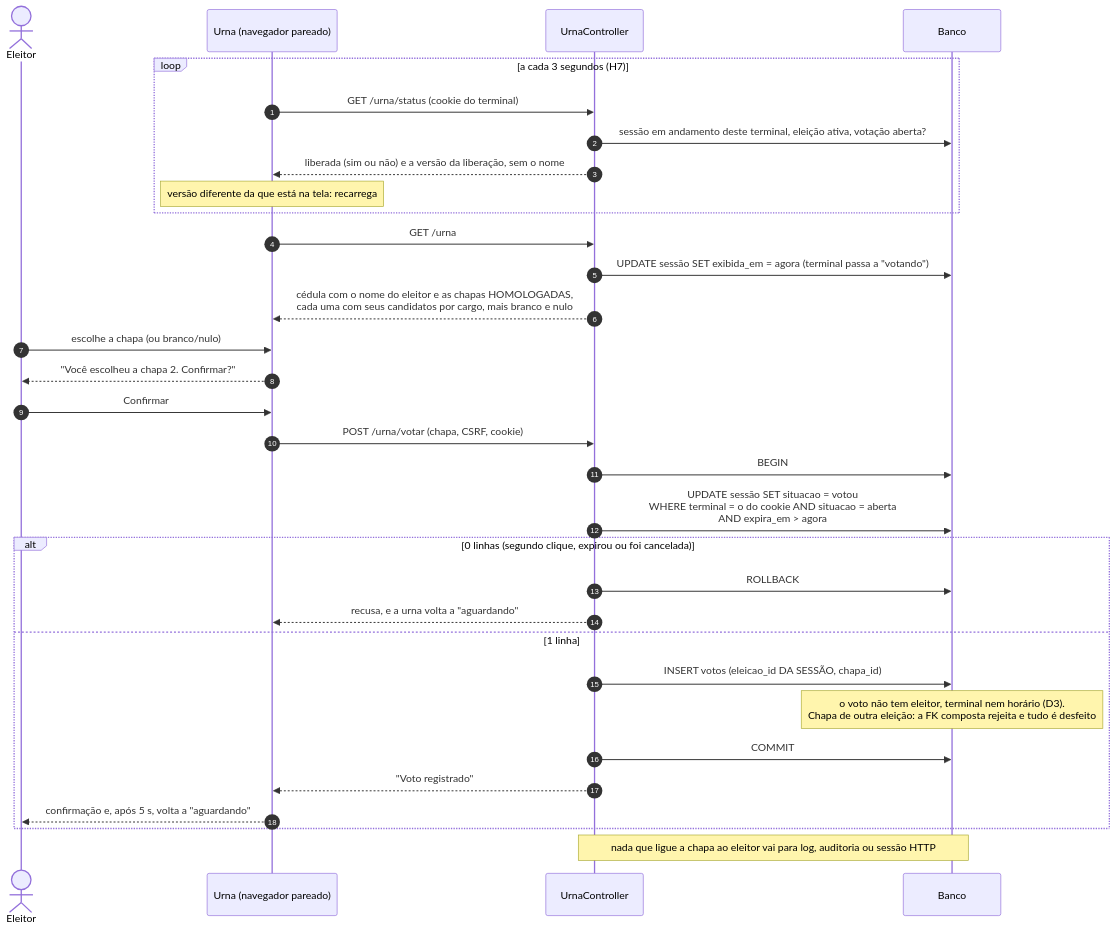
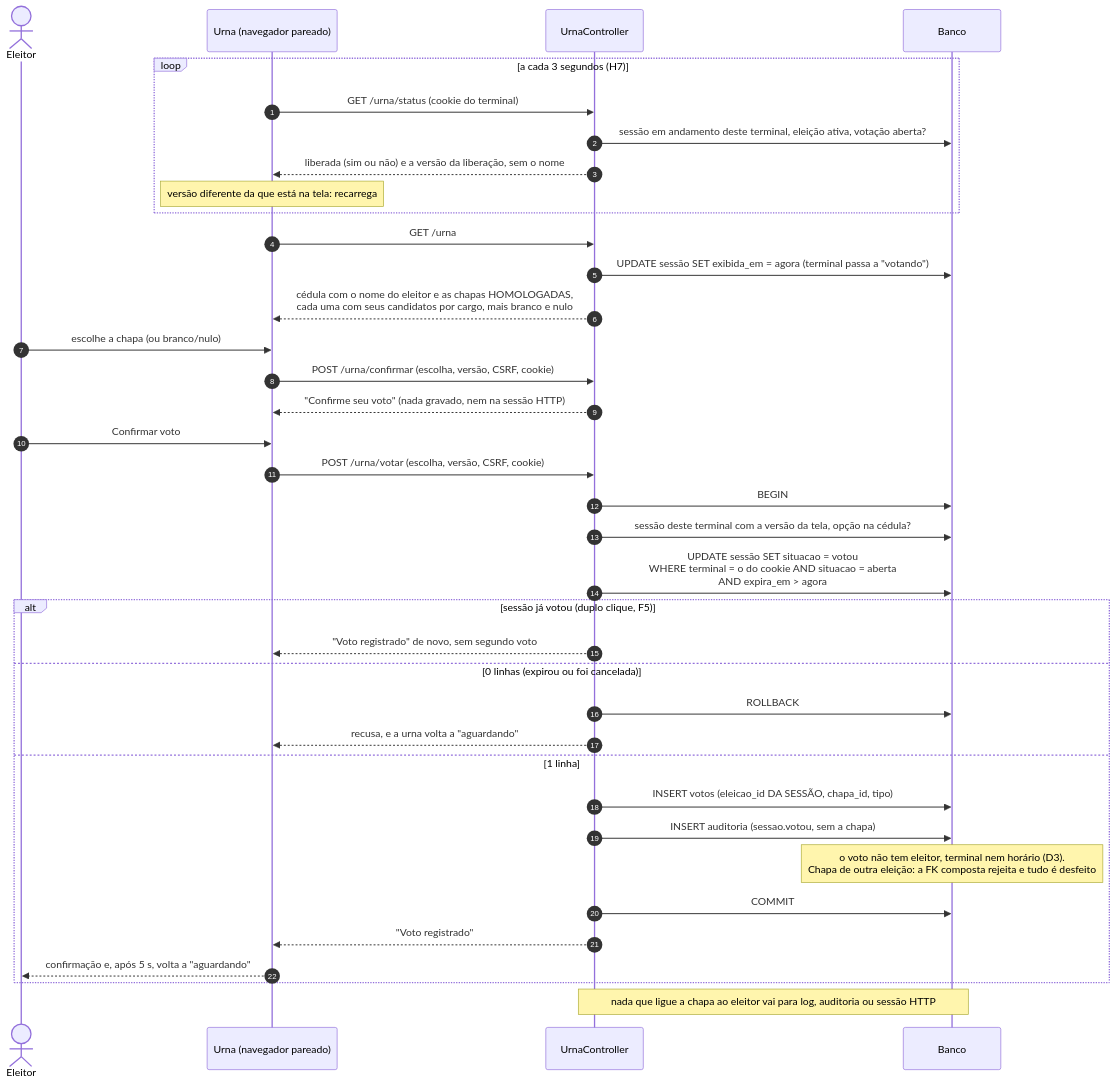
Before and after one commit to prof-ronildo-unicatolica/votacao-digitech: the tenth of 10 diagrams in docs/DIAGRAMAS.md, drawn with Mermaid. The commit also changed other lines of this file and 18 other files, not shown here.

First line of the commit message:
feat: eleitor vota na urna com confirmação e sigilo (H8, D24)

````diff
--- a/docs/DIAGRAMAS.md
+++ b/docs/DIAGRAMAS.md
@@ -415,35 +416,40 @@
 ```mermaid
 sequenceDiagram
     autonumber
     actor E as Eleitor
     participant N as Urna (navegador pareado)
     participant U as UrnaController
     participant DB as Banco
 
     loop a cada 3 segundos (H7)
         N->>U: GET /urna/status (cookie do terminal)
         U->>DB: sessão em andamento deste terminal, eleição ativa, votação aberta?
         U-->>N: liberada (sim ou não) e a versão da liberação, sem o nome
         Note over N: versão diferente da que está na tela: recarrega
     end
     N->>U: GET /urna
     U->>DB: UPDATE sessão SET exibida_em = agora (terminal passa a "votando")
     U-->>N: cédula com o nome do eleitor e as chapas HOMOLOGADAS,<br/>cada uma com seus candidatos por cargo, mais branco e nulo
     E->>N: escolhe a chapa (ou branco/nulo)
-    N-->>E: "Você escolheu a chapa 2. Confirmar?"
-    E->>N: Confirmar
-    N->>U: POST /urna/votar (chapa, CSRF, cookie)
+    N->>U: POST /urna/confirmar (escolha, versão, CSRF, cookie)
+    U-->>N: "Confirme seu voto" (nada gravado, nem na sessão HTTP)
+    E->>N: Confirmar voto
+    N->>U: POST /urna/votar (escolha, versão, CSRF, cookie)
     U->>DB: BEGIN
+    U->>DB: sessão deste terminal com a versão da tela, opção na cédula?
     U->>DB: UPDATE sessão SET situacao = votou<br/>WHERE terminal = o do cookie AND situacao = aberta<br/>AND expira_em > agora
-    alt 0 linhas (segundo clique, expirou ou foi cancelada)
+    alt sessão já votou (duplo clique, F5)
+        U-->>N: "Voto registrado" de novo, sem segundo voto
+    else 0 linhas (expirou ou foi cancelada)
         U->>DB: ROLLBACK
         U-->>N: recusa, e a urna volta a "aguardando"
     else 1 linha
-        U->>DB: INSERT votos (eleicao_id DA SESSÃO, chapa_id)
+        U->>DB: INSERT votos (eleicao_id DA SESSÃO, chapa_id, tipo)
+        U->>DB: INSERT auditoria (sessao.votou, sem a chapa)
         Note over DB: o voto não tem eleitor, terminal nem horário (D3).<br/>Chapa de outra eleição: a FK composta rejeita e tudo é desfeito
         U->>DB: COMMIT
         U-->>N: "Voto registrado"
         N-->>E: confirmação e, após 5 s, volta a "aguardando"
     end
     Note over U,DB: nada que ligue a chapa ao eleitor vai para log, auditoria ou sessão HTTP
 ```
````
